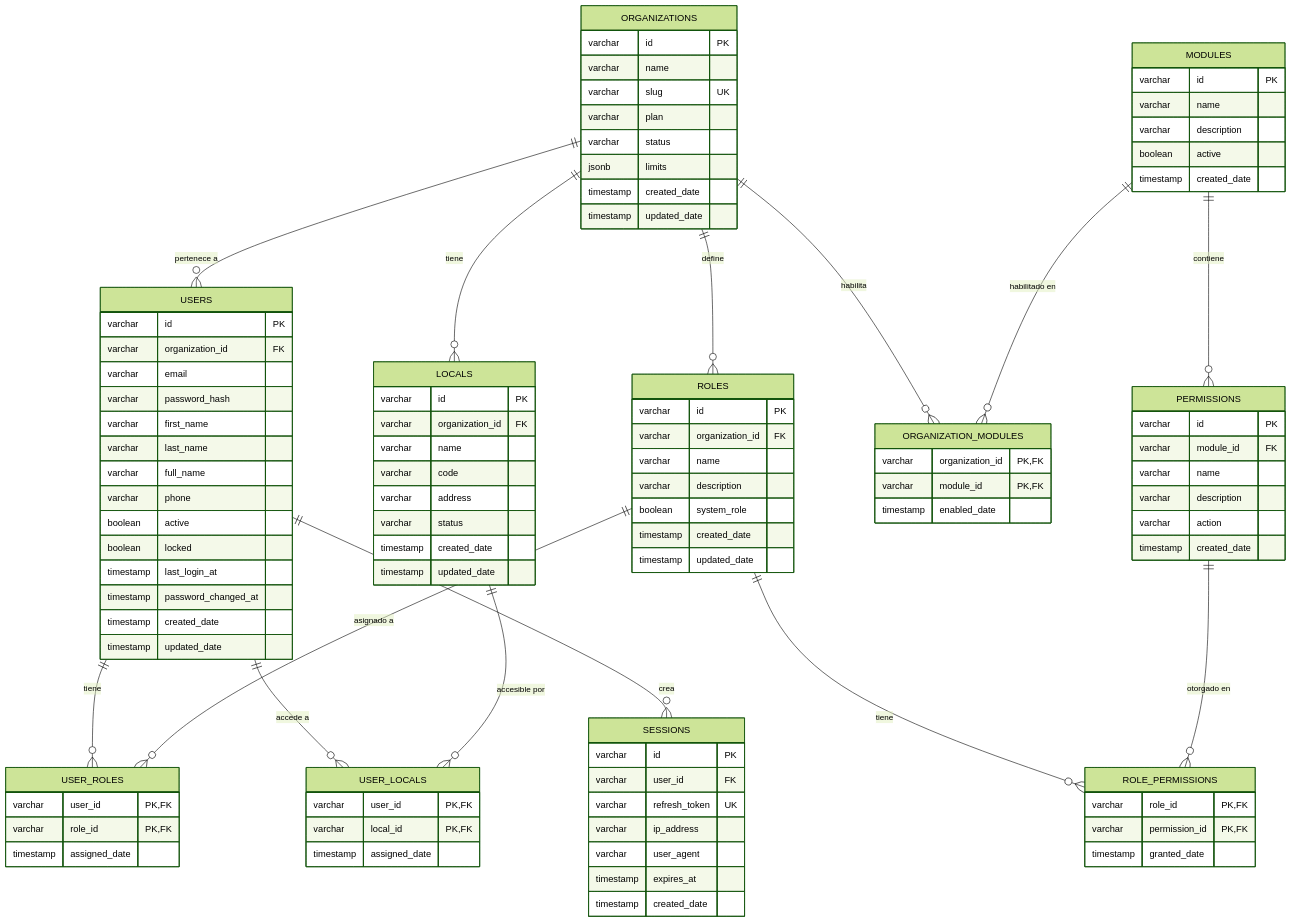
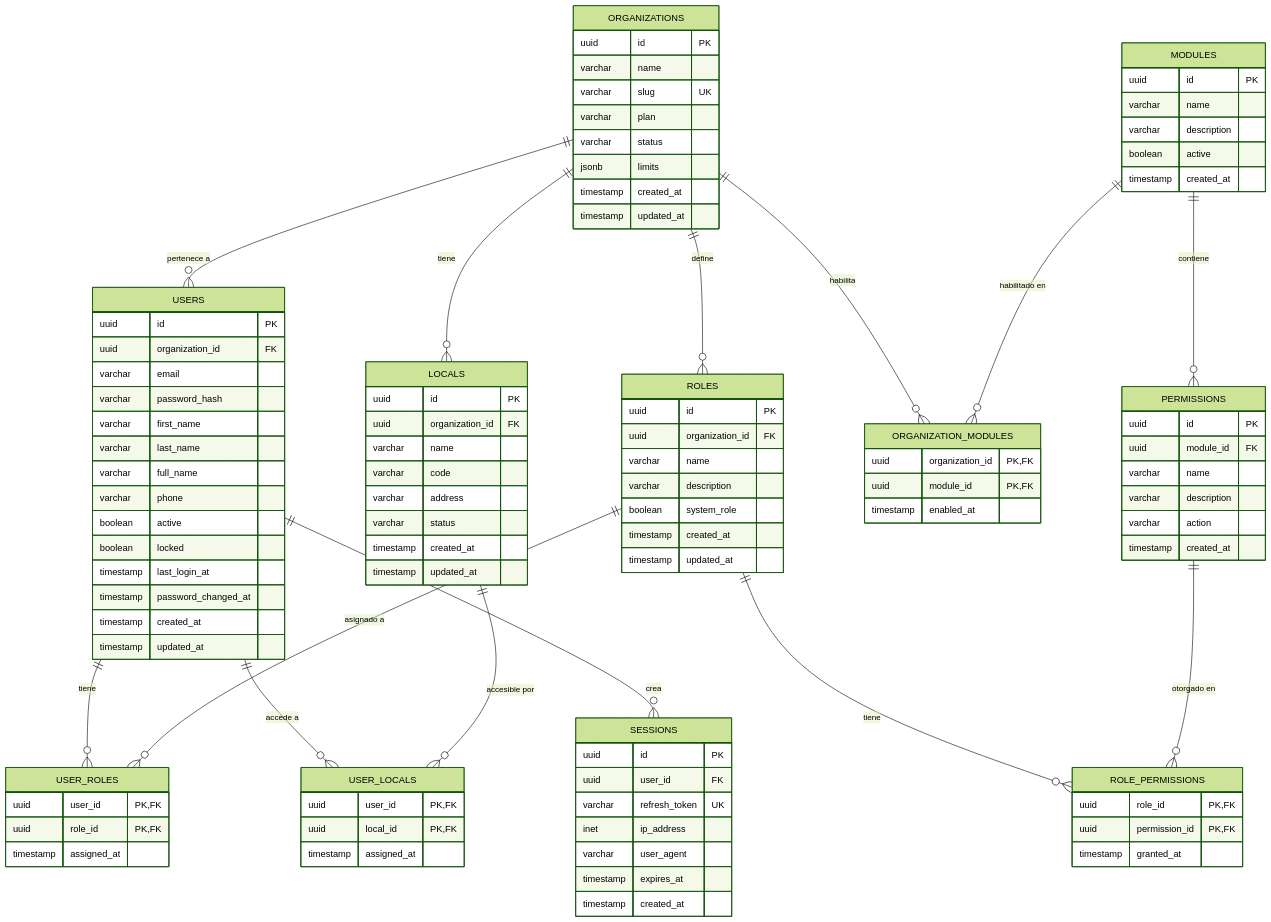
One commit to captainsparrow10/zenlogic changed the diagram in documentacion/docs/02-microservicios/auth-service/03-modelo-datos.md. Above: the diagram before and after it, drawn with Mermaid (forest theme). The commit also changed other lines of this file and 48 other files, not shown here.

````diff
--- a/documentacion/docs/02-microservicios/auth-service/03-modelo-datos.md
+++ b/documentacion/docs/02-microservicios/auth-service/03-modelo-datos.md
@@ -27,19 +39,19 @@
     LOCALS ||--o{ USER_LOCALS : "accesible por"
 
     ORGANIZATIONS {
-        varchar id PK
+        uuid id PK
         varchar name
         varchar slug UK
         varchar plan
         varchar status
         jsonb limits
-        timestamp created_date
-        timestamp updated_date
+        timestamp created_at
+        timestamp updated_at
     }
 
     USERS {
-        varchar id PK
-        varchar organization_id FK
+        uuid id PK
+        uuid organization_id FK
         varchar email
         varchar password_hash
         varchar first_name
@@ -50,79 +62,79 @@
         boolean locked
         timestamp last_login_at
         timestamp password_changed_at
-        timestamp created_date
-        timestamp updated_date
+        timestamp created_at
+        timestamp updated_at
     }
 
     ROLES {
-        varchar id PK
-        varchar organization_id FK
+        uuid id PK
+        uuid organization_id FK
         varchar name
         varchar description
         boolean system_role
-        timestamp created_date
-        timestamp updated_date
+        timestamp created_at
+        timestamp updated_at
     }
 
     PERMISSIONS {
-        varchar id PK
-        varchar module_id FK
+        uuid id PK
+        uuid module_id FK
         varchar name
         varchar description
         varchar action
-        timestamp created_date
+        timestamp created_at
     }
 
     MODULES {
-        varchar id PK
+        uuid id PK
         varchar name
         varchar description
         boolean active
-        timestamp created_date
+        timestamp created_at
     }
 
     LOCALS {
-        varchar id PK
-        varchar organization_id FK
+        uuid id PK
+        uuid organization_id FK
         varchar name
         varchar code
         varchar address
         varchar status
-        timestamp created_date
-        timestamp updated_date
+        timestamp created_at
+        timestamp updated_at
     }
 
     USER_ROLES {
-        varchar user_id PK,FK
-        varchar role_id PK,FK
-        timestamp assigned_date
+        uuid user_id PK,FK
+        uuid role_id PK,FK
+        timestamp assigned_at
     }
 
     ROLE_PERMISSIONS {
-        varchar role_id PK,FK
-        varchar permission_id PK,FK
-        timestamp granted_date
+        uuid role_id PK,FK
+        uuid permission_id PK,FK
+        timestamp granted_at
     }
 
     USER_LOCALS {
-        varchar user_id PK,FK
-        varchar local_id PK,FK
-        timestamp assigned_date
+        uuid user_id PK,FK
+        uuid local_id PK,FK
+        timestamp assigned_at
     }
 
     ORGANIZATION_MODULES {
-        varchar organization_id PK,FK
-        varchar module_id PK,FK
-        timestamp enabled_date
+        uuid organization_id PK,FK
+        uuid module_id PK,FK
+        timestamp enabled_at
     }
 
     SESSIONS {
-        varchar id PK
-        varchar user_id FK
+        uuid id PK
+        uuid user_id FK
         varchar refresh_token UK
-        varchar ip_address
+        inet ip_address
         varchar user_agent
         timestamp expires_at
-        timestamp created_date
+        timestamp created_at
     }
 ```
````
